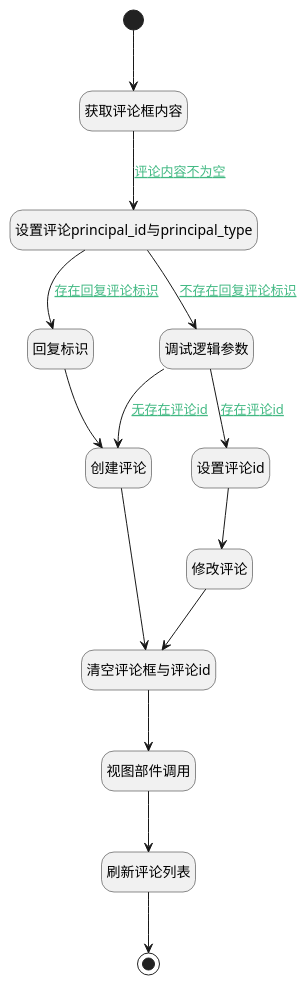
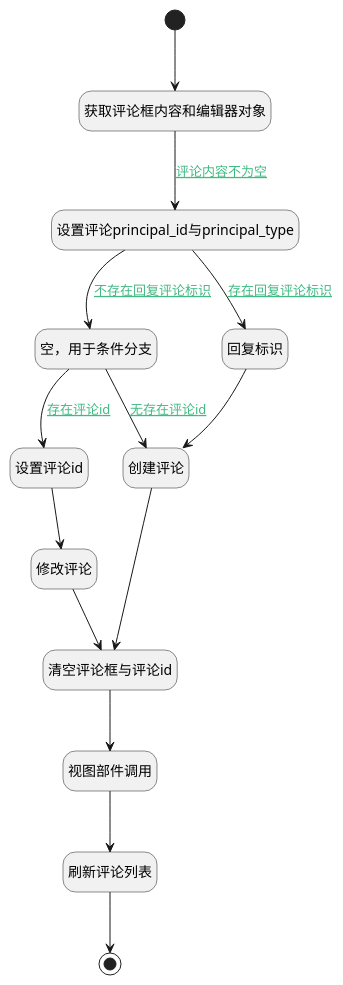
One commit to iBizLab/plm changed the diagram in doc/docsify/module/Base/comment/uilogic/send_comment_wiki.md. Above: the diagram before and after it, drawn with PlantUML. The commit also changed other lines of this file and 1068 other files, not shown here.

````diff
--- a/doc/docsify/module/Base/comment/uilogic/send_comment_wiki.md
+++ b/doc/docsify/module/Base/comment/uilogic/send_comment_wiki.md
@@ -7,41 +7,41 @@
 ```plantuml
 @startuml
 hide footbox
 <style>
 root {
   HyperlinkColor #42b983
 }
 </style>
 
 hide empty description
 state "开始" as Begin <<start>> [[$./send_comment_wiki#begin {开始}]]
-state "清空评论框与评论id" as RAWJSCODE2  [[$./send_comment_wiki#rawjscode2 {清空评论框与评论id}]]
-state "设置评论principal_id与principal_type" as PREPAREJSPARAM1  [[$./send_comment_wiki#preparejsparam1 {设置评论principal_id与principal_type}]]
-state "创建评论" as DEACTION2  [[$./send_comment_wiki#deaction2 {创建评论}]]
-state "修改评论" as DEACTION3  [[$./send_comment_wiki#deaction3 {修改评论}]]
-state "获取评论框内容" as RAWJSCODE1  [[$./send_comment_wiki#rawjscode1 {获取评论框内容}]]
-state "回复标识" as PREPAREJSPARAM2  [[$./send_comment_wiki#preparejsparam2 {回复标识}]]
-state "调试逻辑参数" as DEBUGPARAM1  [[$./send_comment_wiki#debugparam1 {调试逻辑参数}]]
-state "设置评论id" as PREPAREJSPARAM3  [[$./send_comment_wiki#preparejsparam3 {设置评论id}]]
-state "视图部件调用" as VIEWCTRLINVOKE1  [[$./send_comment_wiki#viewctrlinvoke1 {视图部件调用}]]
 state "刷新评论列表" as RAWJSCODE3  [[$./send_comment_wiki#rawjscode3 {刷新评论列表}]]
 state "结束" as END1 <<end>> [[$./send_comment_wiki#end1 {结束}]]
+state "设置评论principal_id与principal_type" as PREPAREJSPARAM1  [[$./send_comment_wiki#preparejsparam1 {设置评论principal_id与principal_type}]]
+state "空，用于条件分支" as PREPAREJSPARAM4  [[$./send_comment_wiki#preparejsparam4 {空，用于条件分支}]]
+state "修改评论" as DEACTION3  [[$./send_comment_wiki#deaction3 {修改评论}]]
+state "设置评论id" as PREPAREJSPARAM3  [[$./send_comment_wiki#preparejsparam3 {设置评论id}]]
+state "创建评论" as DEACTION2  [[$./send_comment_wiki#deaction2 {创建评论}]]
+state "视图部件调用" as VIEWCTRLINVOKE1  [[$./send_comment_wiki#viewctrlinvoke1 {视图部件调用}]]
+state "获取评论框内容和编辑器对象" as RAWJSCODE1  [[$./send_comment_wiki#rawjscode1 {获取评论框内容和编辑器对象}]]
+state "回复标识" as PREPAREJSPARAM2  [[$./send_comment_wiki#preparejsparam2 {回复标识}]]
+state "清空评论框与评论id" as RAWJSCODE2  [[$./send_comment_wiki#rawjscode2 {清空评论框与评论id}]]
 
 
 Begin --> RAWJSCODE1
 RAWJSCODE1 --> PREPAREJSPARAM1 : [[$./send_comment_wiki#rawjscode1-preparejsparam1{评论内容不为空} 评论内容不为空]]
-PREPAREJSPARAM1 --> DEBUGPARAM1 : [[$./send_comment_wiki#preparejsparam1-debugparam1{不存在回复评论标识} 不存在回复评论标识]]
-DEBUGPARAM1 --> DEACTION2 : [[$./send_comment_wiki#debugparam1-deaction2{无存在评论id} 无存在评论id]]
+PREPAREJSPARAM1 --> PREPAREJSPARAM4 : [[$./send_comment_wiki#preparejsparam1-preparejsparam4{不存在回复评论标识} 不存在回复评论标识]]
+PREPAREJSPARAM4 --> DEACTION2 : [[$./send_comment_wiki#preparejsparam4-deaction2{无存在评论id} 无存在评论id]]
 DEACTION2 --> RAWJSCODE2
 RAWJSCODE2 --> VIEWCTRLINVOKE1
 VIEWCTRLINVOKE1 --> RAWJSCODE3
 RAWJSCODE3 --> END1
-DEBUGPARAM1 --> PREPAREJSPARAM3 : [[$./send_comment_wiki#debugparam1-preparejsparam3{存在评论id} 存在评论id]]
+PREPAREJSPARAM4 --> PREPAREJSPARAM3 : [[$./send_comment_wiki#preparejsparam4-preparejsparam3{存在评论id} 存在评论id]]
 PREPAREJSPARAM3 --> DEACTION3
 DEACTION3 --> RAWJSCODE2
 PREPAREJSPARAM1 --> PREPAREJSPARAM2 : [[$./send_comment_wiki#preparejsparam1-preparejsparam2{存在回复评论标识} 存在回复评论标识]]
 PREPAREJSPARAM2 --> DEACTION2
 
 
 @enduml
 ```
````
